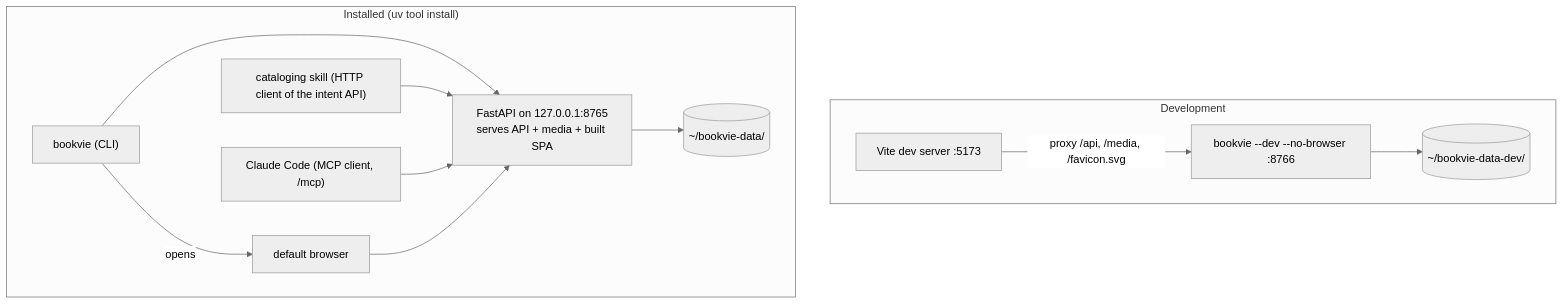
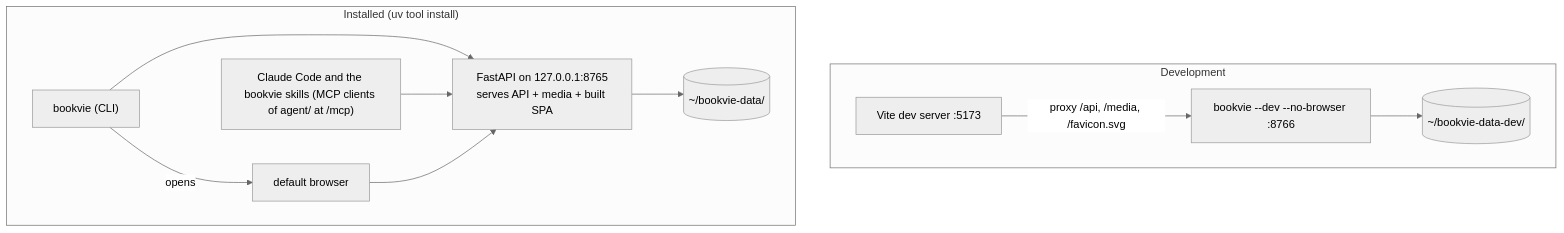
Before and after one commit to olegood/bookvie: the second of 3 diagrams in _bmad-output/planning-artifacts/architecture/architecture-bookvie-2026-10-29/ARCHITECTURE-SPINE.md, drawn with Mermaid (neutral theme). The commit also changed other lines of this file and 4 other files, not shown here.

Commit message:
docs: reconcile the architecture spine with epic 12 (epic 12 retro item 82)

````diff
--- a/_bmad-output/planning-artifacts/architecture/architecture-bookvie-2026-10-29/ARCHITECTURE-SPINE.md
+++ b/_bmad-output/planning-artifacts/architecture/architecture-bookvie-2026-10-29/ARCHITECTURE-SPINE.md
@@ -359,15 +380,14 @@
 ```mermaid
 flowchart TB
   subgraph dev["Development"]
     V[Vite dev server :5173] -- "proxy /api, /media, /favicon.svg" --> U["bookvie --dev --no-browser :8766"]
     U --> DD[("~/bookvie-data-dev/")]
   end
   subgraph prod["Installed (uv tool install)"]
     C["bookvie (CLI)"] --> S["FastAPI on 127.0.0.1:8765<br/>serves API + media + built SPA"]
     C -- opens --> B[default browser]
-    AG["cataloging skill (HTTP client of the intent API)"] --> S
-    CC["Claude Code (MCP client, /mcp)"] --> S
+    CC["Claude Code and the bookvie skills (MCP clients of agent/ at /mcp)"] --> S
     B --> S
     S --> D[("~/bookvie-data/")]
   end
 ```
````
